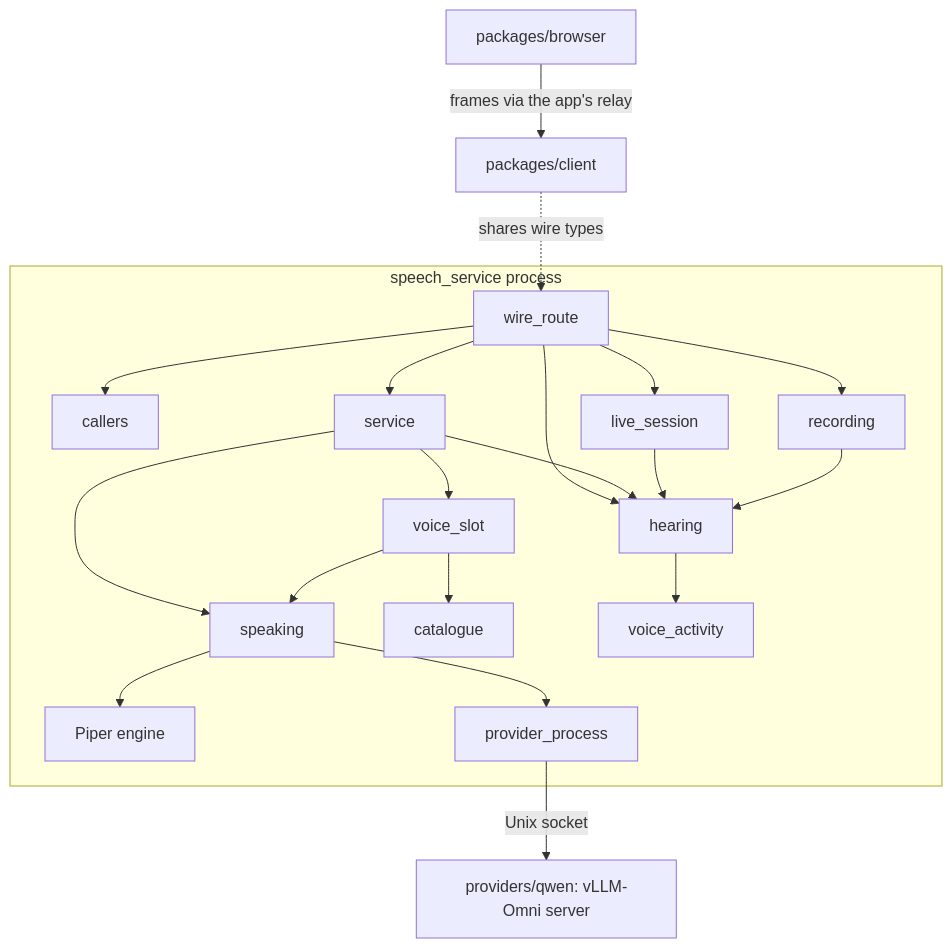
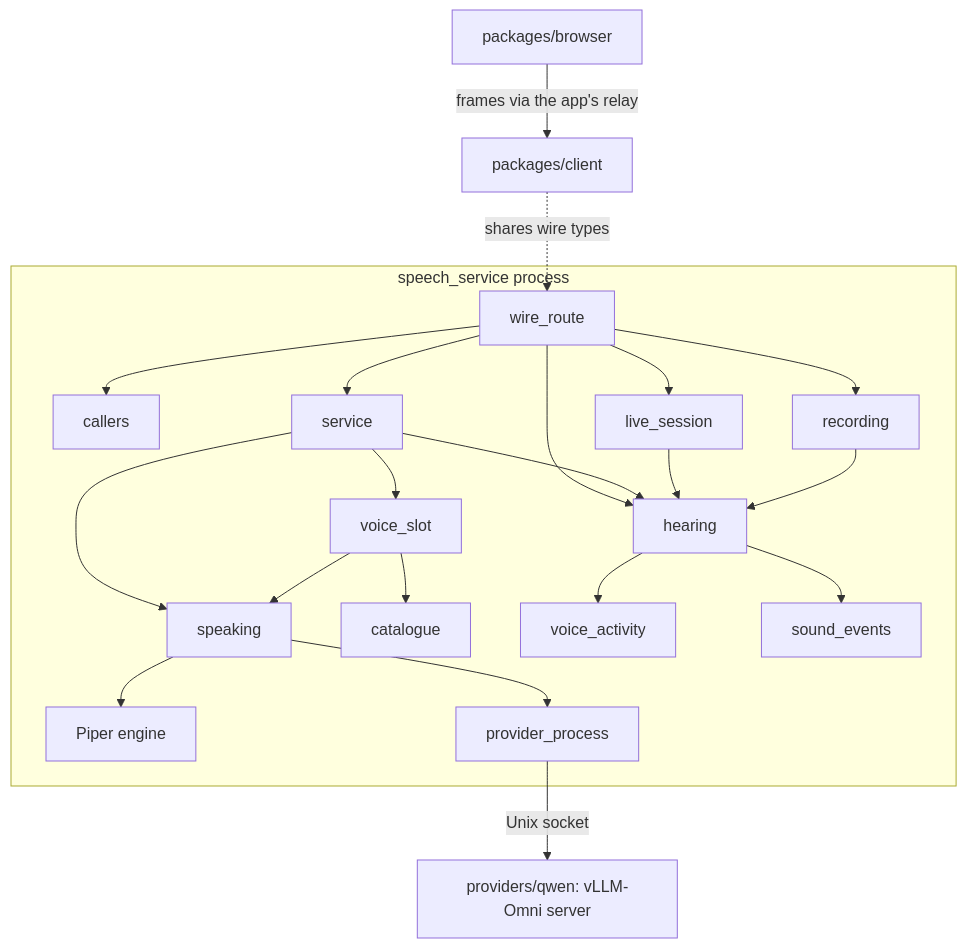
The second of 3 diagrams in docs/ARCHITECTURE.md (overnightworks/speech), drawn with Mermaid before and after one commit. The commit also changed other lines of this file and 21 other files, not shown here.

First line of the commit message:
The service emits sound events to a session that asks (#542)

````diff
--- a/docs/ARCHITECTURE.md
+++ b/docs/ARCHITECTURE.md
@@ -24,13 +24,14 @@
 ```mermaid
 flowchart TB
     subgraph process[speech_service process]
         wire_route --> callers & hearing & live_session & recording & service
         service --> voice_slot & hearing & speaking
         voice_slot --> catalogue & speaking
         speaking --> piper[Piper engine] & provider_process
         live_session & recording --> hearing --> voice_activity
+        hearing --> sound_events
     end
     provider_process -->|Unix socket| qwen["providers/qwen: vLLM-Omni server"]
     client["packages/client"] -. shares wire types .-> wire_route
     browser["packages/browser"] -->|frames via the app's relay| client
 ```
````
